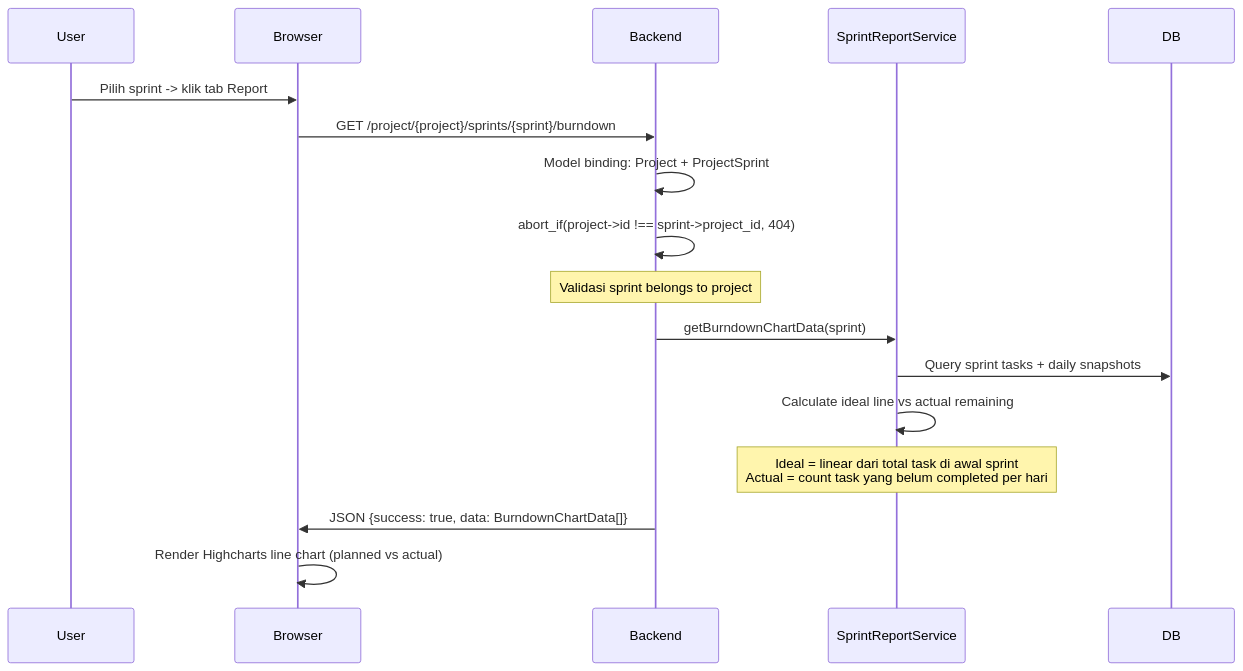
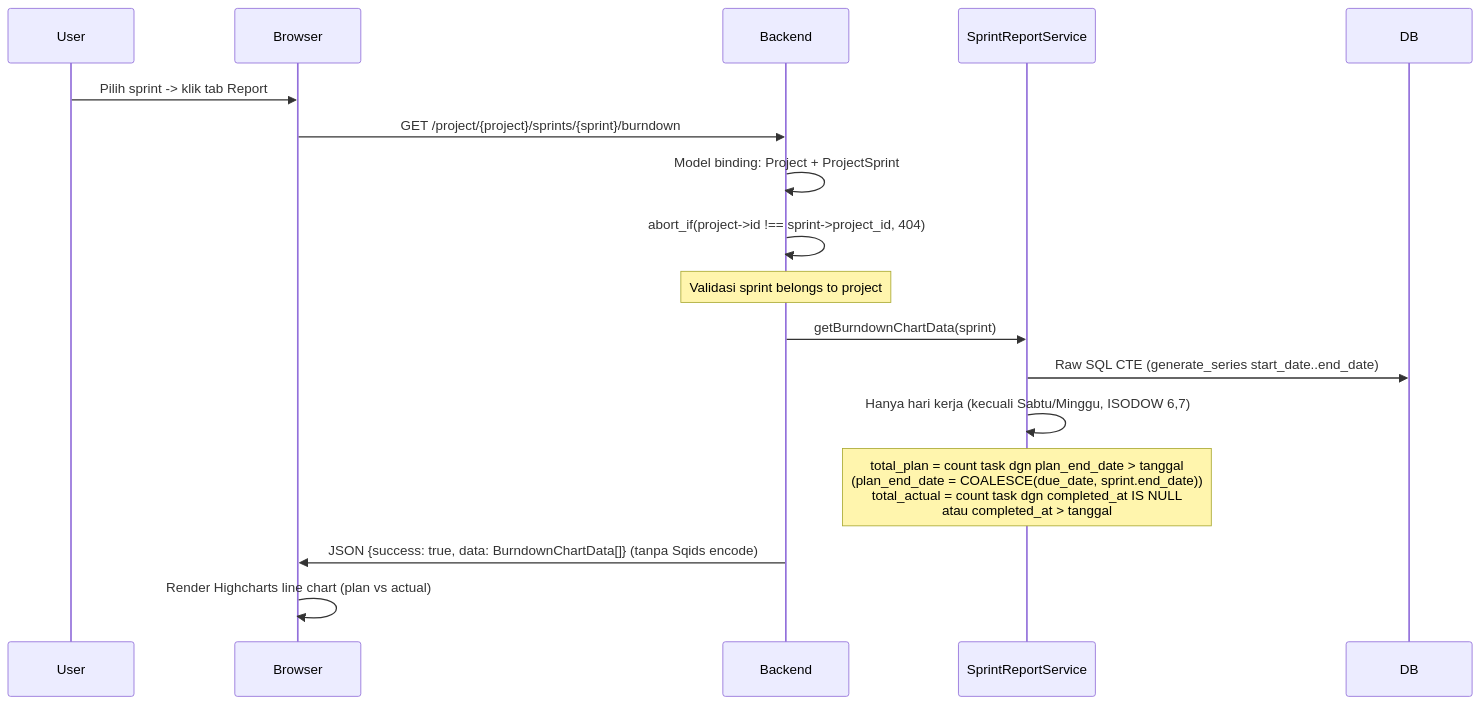
The second of 3 diagrams in docs/sprint/report.md (priamitra273/laptoplain), drawn with Mermaid before and after one commit. The commit also changed other lines of this file and 14 other files, not shown here.

````diff
--- a/docs/sprint/report.md
+++ b/docs/sprint/report.md
@@ -28,17 +28,17 @@
 ```mermaid
 sequenceDiagram
     User->>Browser: Pilih sprint -> klik tab Report
     Browser->>Backend: GET /project/{project}/sprints/{sprint}/burndown
 
     Backend->>Backend: Model binding: Project + ProjectSprint
     Backend->>Backend: abort_if(project->id !== sprint->project_id, 404)
     Note over Backend: Validasi sprint belongs to project
 
     Backend->>SprintReportService: getBurndownChartData(sprint)
-    SprintReportService->>DB: Query sprint tasks + daily snapshots
-    SprintReportService->>SprintReportService: Calculate ideal line vs actual remaining
-    Note over SprintReportService: Ideal = linear dari total task di awal sprint<br/>Actual = count task yang belum completed per hari
+    SprintReportService->>DB: Raw SQL CTE (generate_series start_date..end_date)
+    SprintReportService->>SprintReportService: Hanya hari kerja (kecuali Sabtu/Minggu, ISODOW 6,7)
+    Note over SprintReportService: total_plan = count task dgn plan_end_date > tanggal<br/>(plan_end_date = COALESCE(due_date, sprint.end_date))<br/>total_actual = count task dgn completed_at IS NULL<br/>atau completed_at > tanggal
 
-    Backend->>Browser: JSON {success: true, data: BurndownChartData[]}
-    Browser->>Browser: Render Highcharts line chart (planned vs actual)
+    Backend->>Browser: JSON {success: true, data: BurndownChartData[]} (tanpa Sqids encode)
+    Browser->>Browser: Render Highcharts line chart (plan vs actual)
 ```
````
